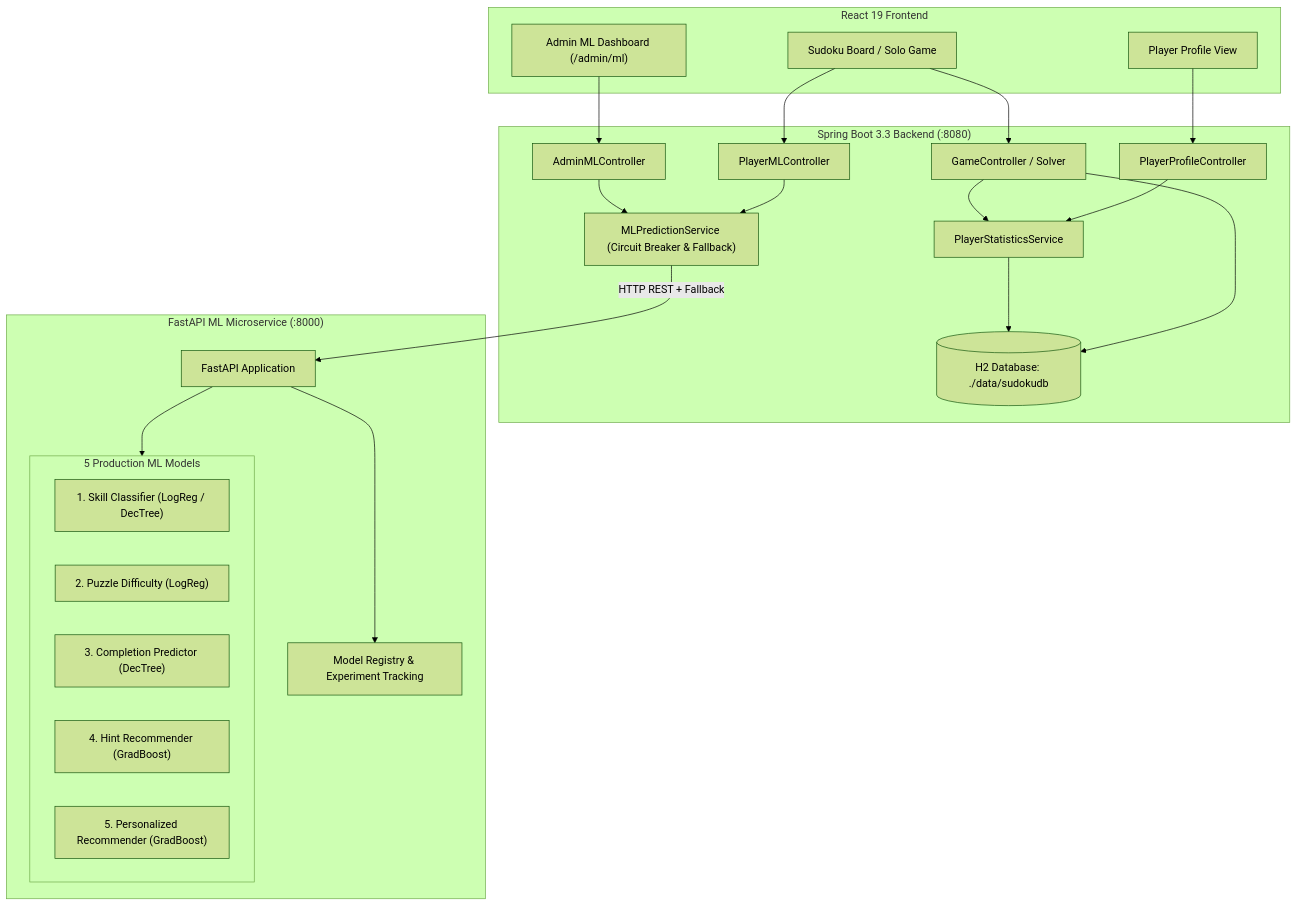
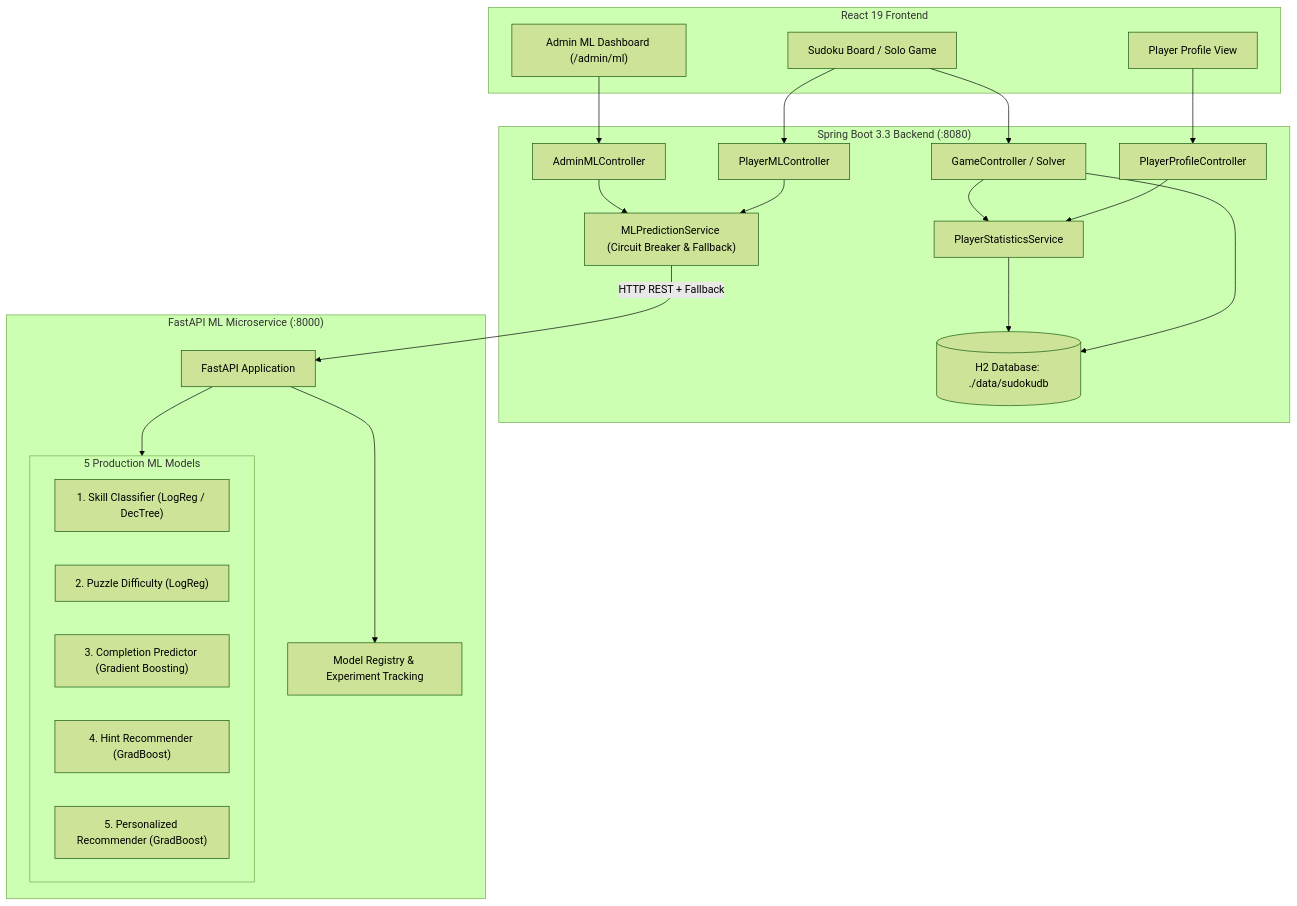
Before and after one commit to sowmiyacodes/java_sudoku: the diagram in docs/ML_ARCHITECTURE.md, drawn with Mermaid (forest theme). The commit also changed other lines of this file and 54 other files, not shown here.

````diff
--- a/docs/ML_ARCHITECTURE.md
+++ b/docs/ML_ARCHITECTURE.md
@@ -7,48 +7,48 @@
 ```mermaid
 flowchart TD
     subgraph Client["React 19 Frontend"]
         UI["Sudoku Board / Solo Game"]
         ProfileUI["Player Profile View"]
         AdminDashboard["Admin ML Dashboard (/admin/ml)"]
     end
 
     subgraph Backend["Spring Boot 3.3 Backend (:8080)"]
         GameCtrl["GameController / Solver"]
         ProfileCtrl["PlayerProfileController"]
         StatsService["PlayerStatisticsService"]
         AdminMLCtrl["AdminMLController"]
         PlayerMLCtrl["PlayerMLController"]
         MLService["MLPredictionService (Circuit Breaker & Fallback)"]
         H2[(H2 Database: ./data/sudokudb)]
     end
 
     subgraph MLServiceBox["FastAPI ML Microservice (:8000)"]
         FastAPIApp["FastAPI Application"]
         Registry["Model Registry & Experiment Tracking"]
         
         subgraph Models["5 Production ML Models"]
             M1["1. Skill Classifier (LogReg / DecTree)"]
             M2["2. Puzzle Difficulty (LogReg)"]
-            M3["3. Completion Predictor (DecTree)"]
+            M3["3. Completion Predictor (Gradient Boosting)"]
             M4["4. Hint Recommender (GradBoost)"]
             M5["5. Personalized Recommender (GradBoost)"]
         end
     end
 
     UI --> GameCtrl
     UI --> PlayerMLCtrl
     ProfileUI --> ProfileCtrl
     AdminDashboard --> AdminMLCtrl
 
     GameCtrl --> StatsService
     ProfileCtrl --> StatsService
     StatsService --> H2
     GameCtrl --> H2
 
     AdminMLCtrl --> MLService
     PlayerMLCtrl --> MLService
 
     MLService -->|HTTP REST + Fallback| FastAPIApp
     FastAPIApp --> Models
     FastAPIApp --> Registry
 ```
````
